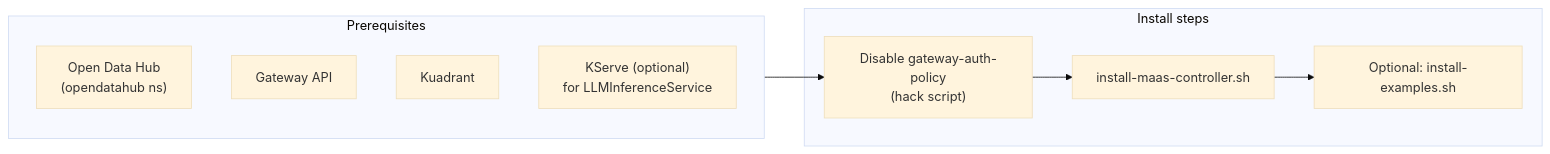
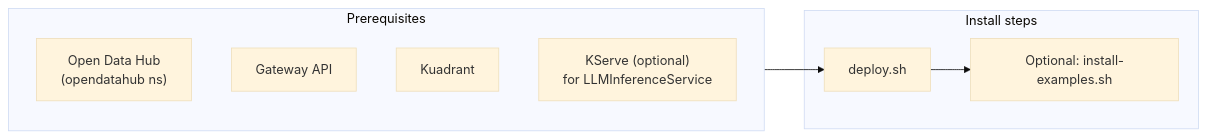
One commit to opendatahub-io/models-as-a-service changed the sixth of 6 diagrams in subscription-docs/MAAS_CONTROLLER_OVERVIEW.md. Above: the diagram before and after it, drawn with Mermaid (base theme). The commit also changed other lines of this file and 14 other files, not shown here.

Commit message:
Removing gateway-auth-policy and including the maas-controller in the base kustomize

````diff
--- a/subscription-docs/MAAS_CONTROLLER_OVERVIEW.md
+++ b/subscription-docs/MAAS_CONTROLLER_OVERVIEW.md
@@ -198,19 +198,17 @@
 ```mermaid
 flowchart LR
     subgraph Prereqs["Prerequisites"]
         ODH["Open Data Hub\n(opendatahub ns)"]
         GW["Gateway API"]
         Kuadrant["Kuadrant"]
         KServe["KServe (optional)\nfor LLMInferenceService"]
     end
 
     subgraph Install["Install steps"]
-        Disable["Disable gateway-auth-policy\n(hack script)"]
-        InstallController["install-maas-controller.sh"]
+        Deploy["deploy.sh"]
         Examples["Optional: install-examples.sh"]
     end
 
-    Prereqs --> Disable
-    Disable --> InstallController
-    InstallController --> Examples
+    Prereqs --> Deploy
+    Deploy --> Examples
 ```
````
